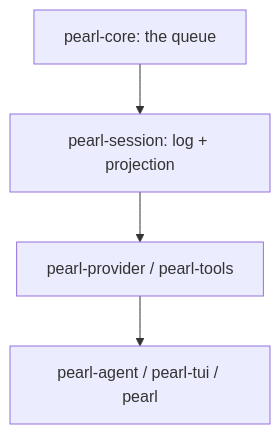
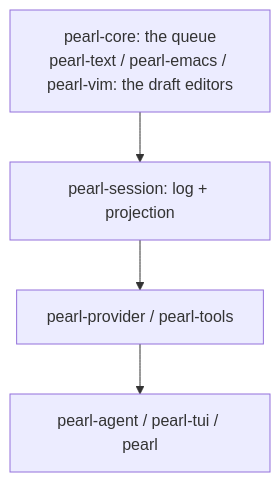
One commit to OverbearingPearl/pearl changed the first of 2 diagrams in README.md. Above: the diagram before and after it, drawn with Mermaid. The commit also changed other lines of this file and 22 other files, not shown here.

First line of the commit message:
Let the draft be a buffer, edited by emacs or vim, drawn in weight

````diff
--- a/README.md
+++ b/README.md
@@ -137,6 +141,6 @@
 ```mermaid
 flowchart TD
-    core[pearl-core: the queue] --> session[pearl-session: log + projection]
+    core[pearl-core: the queue<br/>pearl-text / pearl-emacs / pearl-vim: the draft editors] --> session[pearl-session: log + projection]
     session --> adapters[pearl-provider / pearl-tools]
     adapters --> product[pearl-agent / pearl-tui / pearl]
 ```
````
